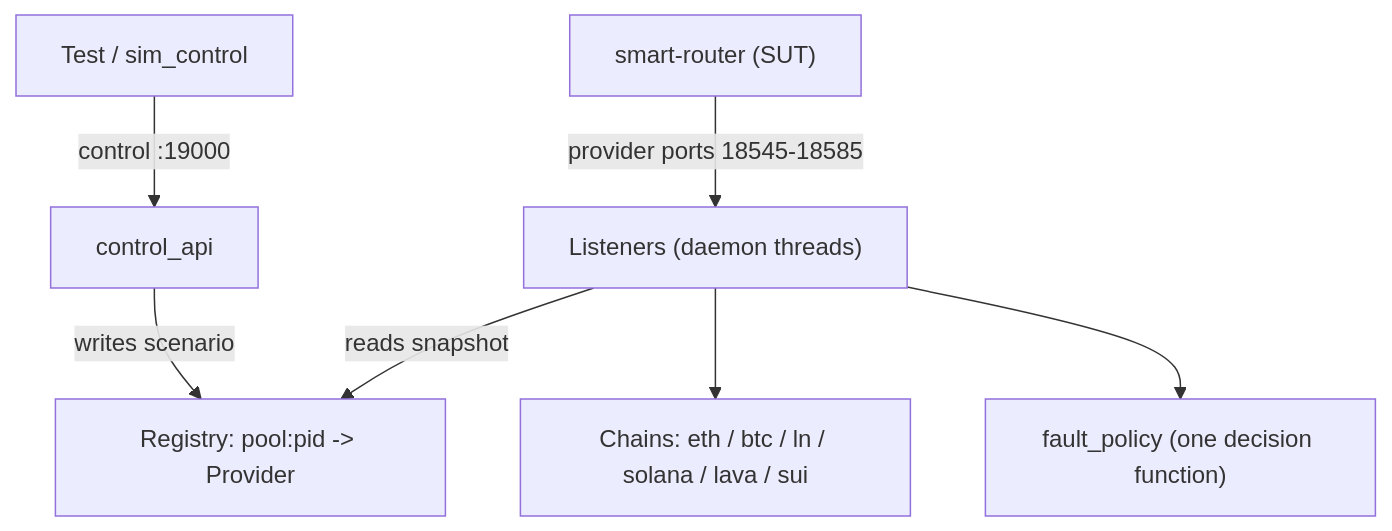
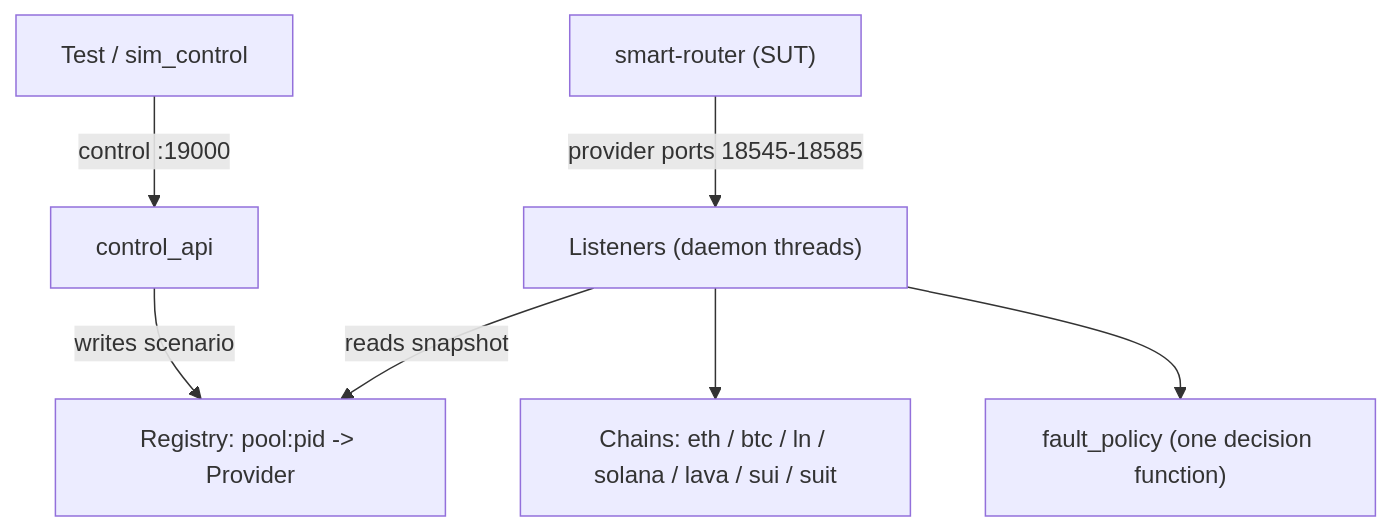
The diagram in README.md (Magma-Devs/provider-simulator), drawn with Mermaid before and after one commit. The commit also changed 17 other files, not shown here.

````diff
--- a/README.md
+++ b/README.md
@@ -18,9 +18,9 @@
 ```mermaid
 flowchart TD
     T["Test / sim_control"] -->|"control :19000"| CTRL["control_api"]
     R["smart-router (SUT)"] -->|"provider ports 18545-18585"| LIS["Listeners (daemon threads)"]
     CTRL -->|"writes scenario"| REG["Registry: pool:pid -> Provider"]
     LIS -->|"reads snapshot"| REG
-    LIS --> CH["Chains: eth / btc / ln / solana / lava / sui"]
+    LIS --> CH["Chains: eth / btc / ln / solana / lava / sui / suit"]
     LIS --> FP["fault_policy (one decision function)"]
 ```
````
